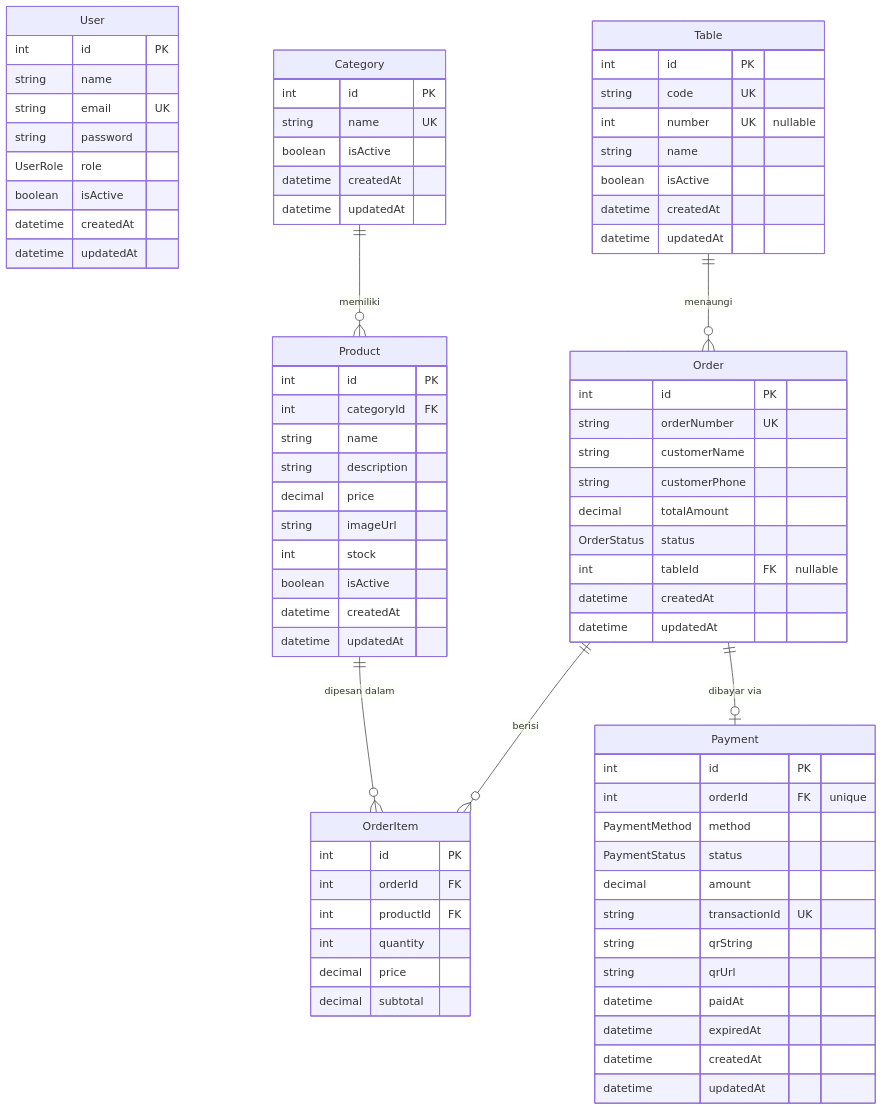
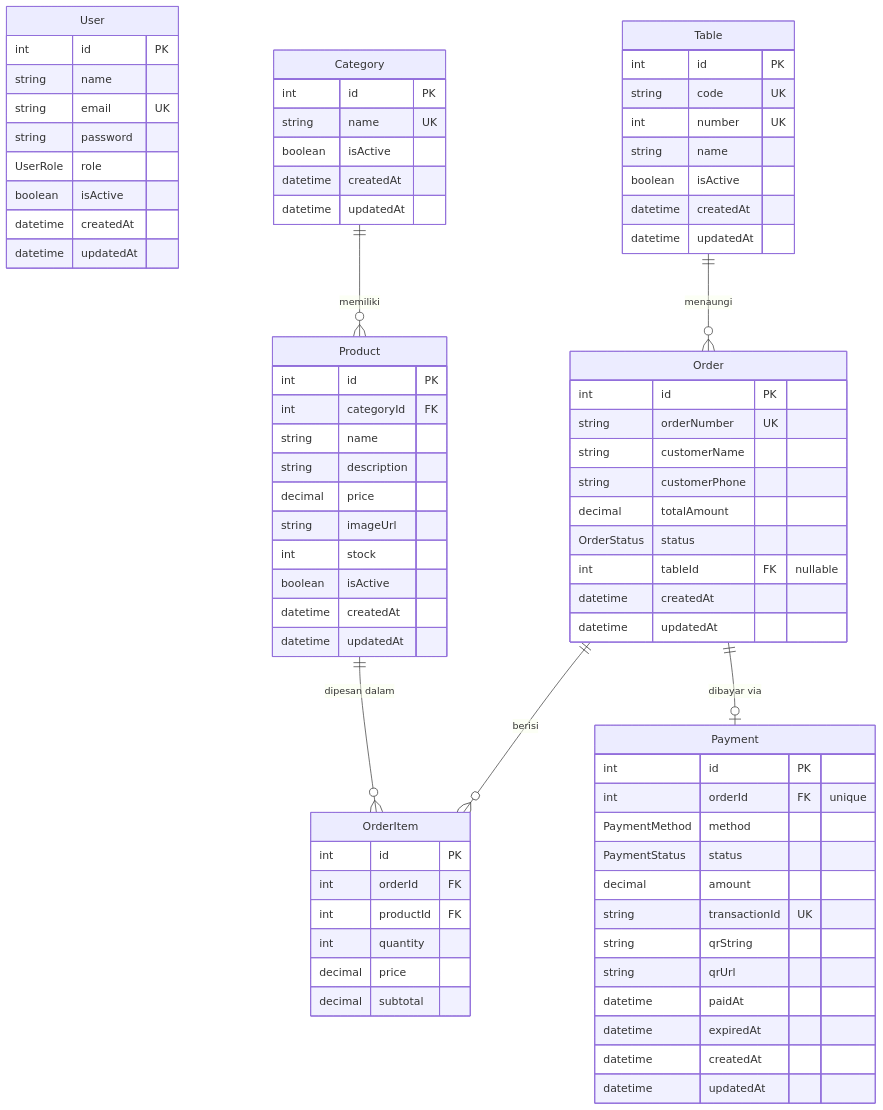
Before and after one commit to zidanabbas/API-NestJS: the diagram in docs/database.md, drawn with Mermaid. The commit also changed other lines of this file and 4 other files, not shown here.

```diff
--- a/docs/database.md
+++ b/docs/database.md
@@ -77,7 +77,7 @@
     Table {
         int id PK
         string code UK
-        int number UK "nullable"
+        int number UK
         string name
         boolean isActive
         datetime createdAt
```
